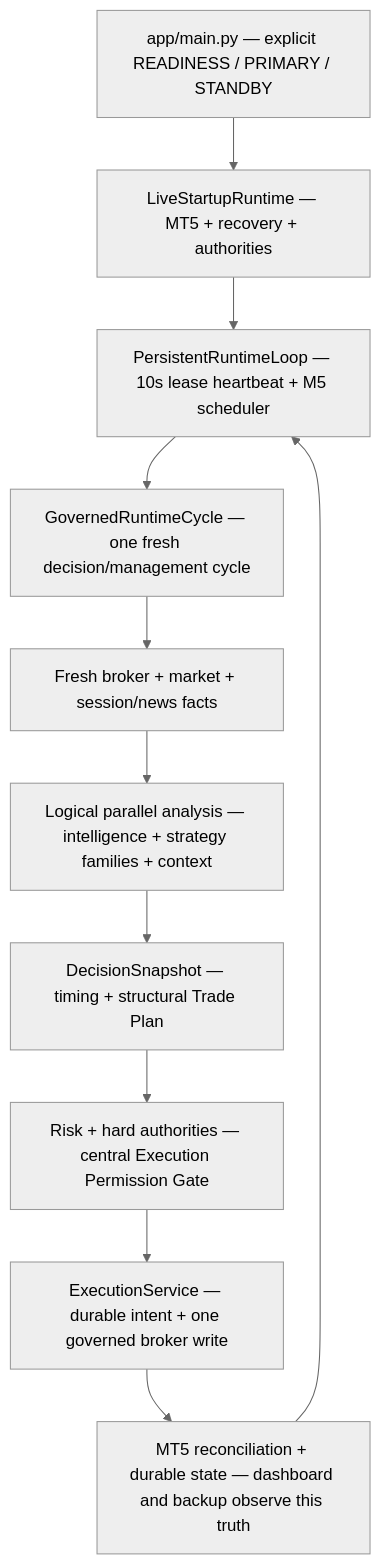
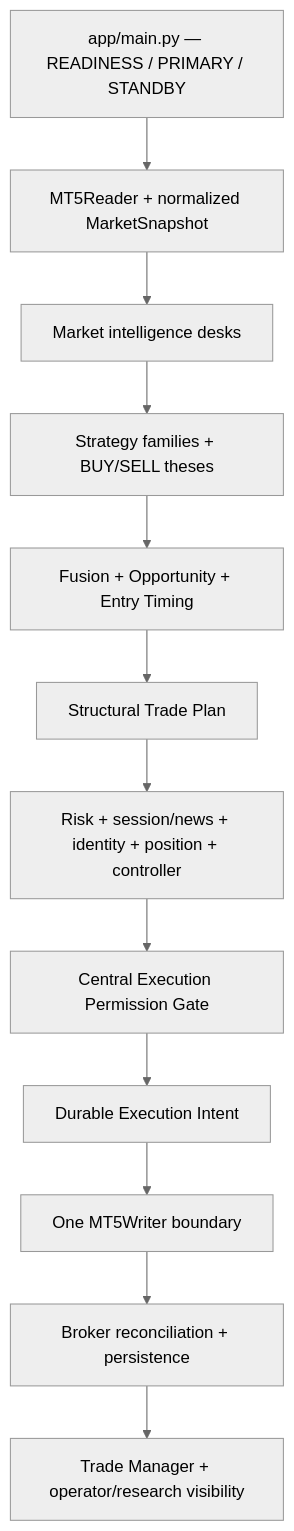
The first of 8 diagrams in docs/CODER_GUIDE.md (qamaratwork00-cmyk/GoldSwingTraderAI), drawn with Mermaid (neutral theme) before and after one commit. The commit also changed other lines of this file and 33 other files, not shown here.

Commit message:
Complete documentation contract and readiness dashboard

````diff
--- a/docs/CODER_GUIDE.md
+++ b/docs/CODER_GUIDE.md
@@ -35,13 +86,14 @@
-```mermaid
+~~~mermaid
 flowchart TB
-    MAIN["app/main.py — explicit READINESS / PRIMARY / STANDBY"] --> START["LiveStartupRuntime — MT5 + recovery + authorities"]
-    START --> LOOP["PersistentRuntimeLoop — 10s lease heartbeat + M5 scheduler"]
-    LOOP --> CYCLE["GovernedRuntimeCycle — one fresh decision/management cycle"]
-    CYCLE --> FACTS["Fresh broker + market + session/news facts"]
-    FACTS --> DESKS["Logical parallel analysis — intelligence + strategy families + context"]
-    DESKS --> DECISION["DecisionSnapshot — timing + structural Trade Plan"]
-    DECISION --> AUTHORITIES["Risk + hard authorities — central Execution Permission Gate"]
-    AUTHORITIES --> SERVICE["ExecutionService — durable intent + one governed broker write"]
-    SERVICE --> TRUTH["MT5 reconciliation + durable state — dashboard and backup observe this truth"]
-    TRUTH --> LOOP
-```
+    MODE["app/main.py — READINESS / PRIMARY / STANDBY"] --> READ["MT5Reader + normalized MarketSnapshot"]
+    READ --> INTEL["Market intelligence desks"]
+    INTEL --> STRAT["Strategy families + BUY/SELL theses"]
+    STRAT --> FUSION["Fusion + Opportunity + Entry Timing"]
+    FUSION --> PLAN["Structural Trade Plan"]
+    PLAN --> HARD["Risk + session/news + identity + position + controller"]
+    HARD --> GATE["Central Execution Permission Gate"]
+    GATE --> INTENT["Durable Execution Intent"]
+    INTENT --> WRITE["One MT5Writer boundary"]
+    WRITE --> RECON["Broker reconciliation + persistence"]
+    RECON --> MANAGE["Trade Manager + operator/research visibility"]
+~~~
````
